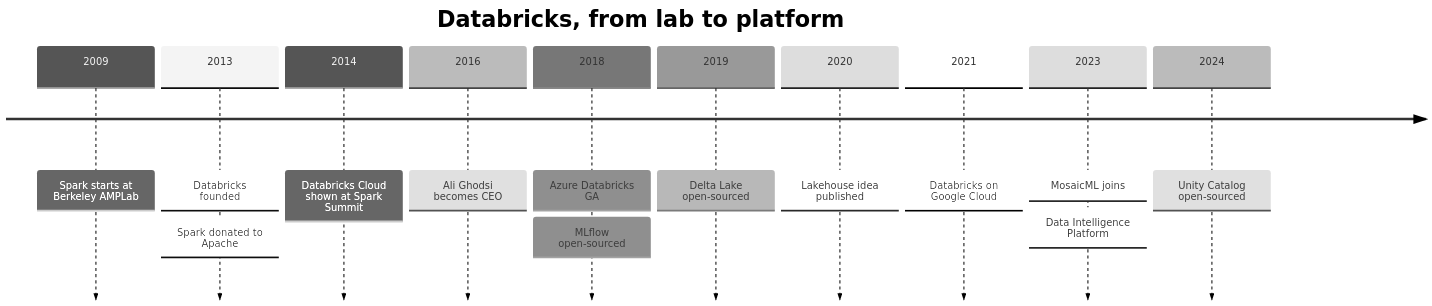
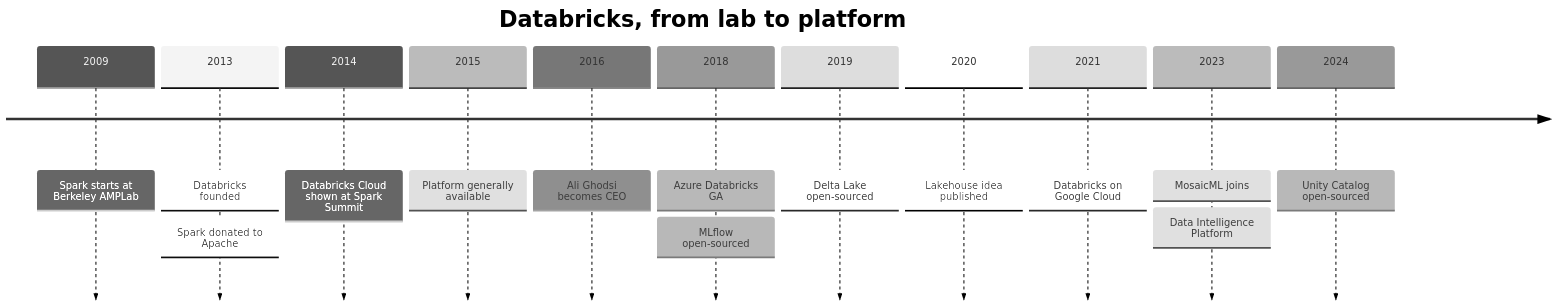
Before and after one commit to kidskoding/databricks-wiki: the diagram in 06_databricks_platform/The Founding of Databricks.md, drawn with Mermaid (neutral theme). The commit also changed other lines of this file and 23 other files, not shown here.

````diff
--- a/06_databricks_platform/The Founding of Databricks.md
+++ b/06_databricks_platform/The Founding of Databricks.md
@@ -105,14 +105,15 @@
 ```mermaid
 timeline
   title Databricks, from lab to platform
   2009 : Spark starts at Berkeley AMPLab
   2013 : Databricks founded : Spark donated to Apache
   2014 : Databricks Cloud shown at Spark Summit
+  2015 : Platform generally available
   2016 : Ali Ghodsi becomes CEO
   2018 : Azure Databricks GA : MLflow open-sourced
   2019 : Delta Lake open-sourced
   2020 : Lakehouse idea published
   2021 : Databricks on Google Cloud
   2023 : MosaicML joins : Data Intelligence Platform
   2024 : Unity Catalog open-sourced
 ```
````
